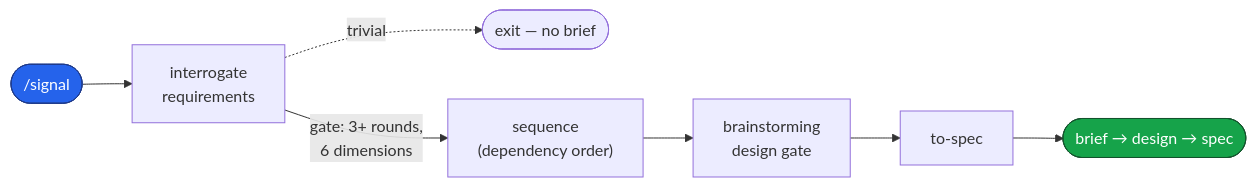
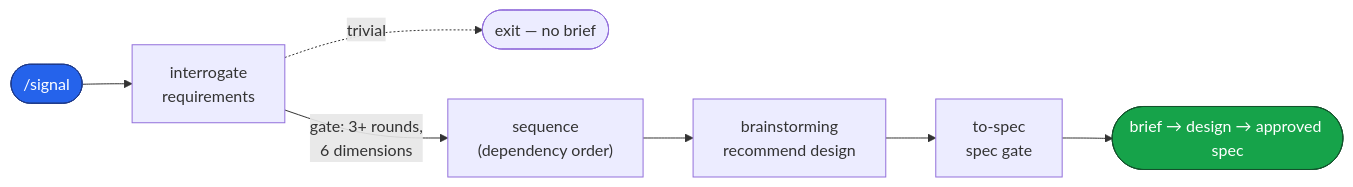
One commit to dashworthy/engineering changed the second of 5 diagrams in README.md. Above: the diagram before and after it, drawn with Mermaid. The commit also changed other lines of this file and 9 other files, not shown here.

Commit message:
docs: reword cross-references to the two-gate model (brainstorming recommends; gates at spec and plan)

````diff
--- a/README.md
+++ b/README.md
@@ -61,12 +62,12 @@
 ```mermaid
 flowchart LR
     classDef entry fill:#2563eb,stroke:#1e3a8a,color:#fff
     classDef done fill:#16a34a,stroke:#14532d,color:#fff
 
     S(["/signal"]):::entry --> S1["interrogate<br/>requirements"]
     S1 -. "trivial" .-> X(["exit — no brief"])
     S1 -->|"gate: 3+ rounds,<br/>6 dimensions"| S2["sequence<br/>(dependency order)"]
-    S2 --> BR["brainstorming<br/>design gate"]
-    BR --> SP["to-spec"]
-    SP --> STOP(["brief → design → spec"]):::done
+    S2 --> BR["brainstorming<br/>recommend design"]
+    BR --> SP["to-spec<br/>spec gate"]
+    SP --> STOP(["brief → design → approved spec"]):::done
 ```
````
